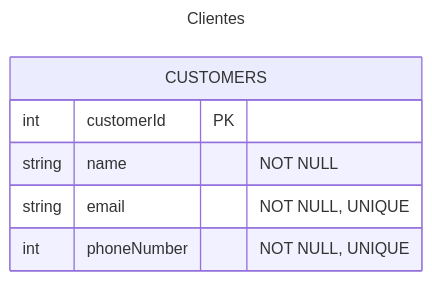
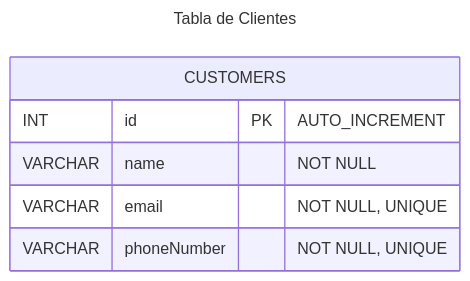
Diagram 24 of 30 in 4to-Cuatrimestre/fundamentos-base-datos/proyecto/proyecto.md (rosendocamal/homeworks), drawn with Mermaid before and after one commit. The commit also changed other lines of this file and 1 other file, not shown here.

````diff
--- a/4to-Cuatrimestre/fundamentos-base-datos/proyecto/proyecto.md
+++ b/4to-Cuatrimestre/fundamentos-base-datos/proyecto/proyecto.md
@@ -473,12 +473,12 @@
 ```mermaid
 ---
-title: Clientes
+title: Tabla de Clientes
 ---
 erDiagram
 	CUSTOMERS {
-		int customerId PK
-		string name "NOT NULL"
-		string email "NOT NULL, UNIQUE"
-		int phoneNumber "NOT NULL, UNIQUE"
+		INT id PK "AUTO_INCREMENT"
+		VARCHAR name "NOT NULL"
+		VARCHAR email "NOT NULL, UNIQUE"
+		VARCHAR phoneNumber "NOT NULL, UNIQUE"
 	}
 ```
````
